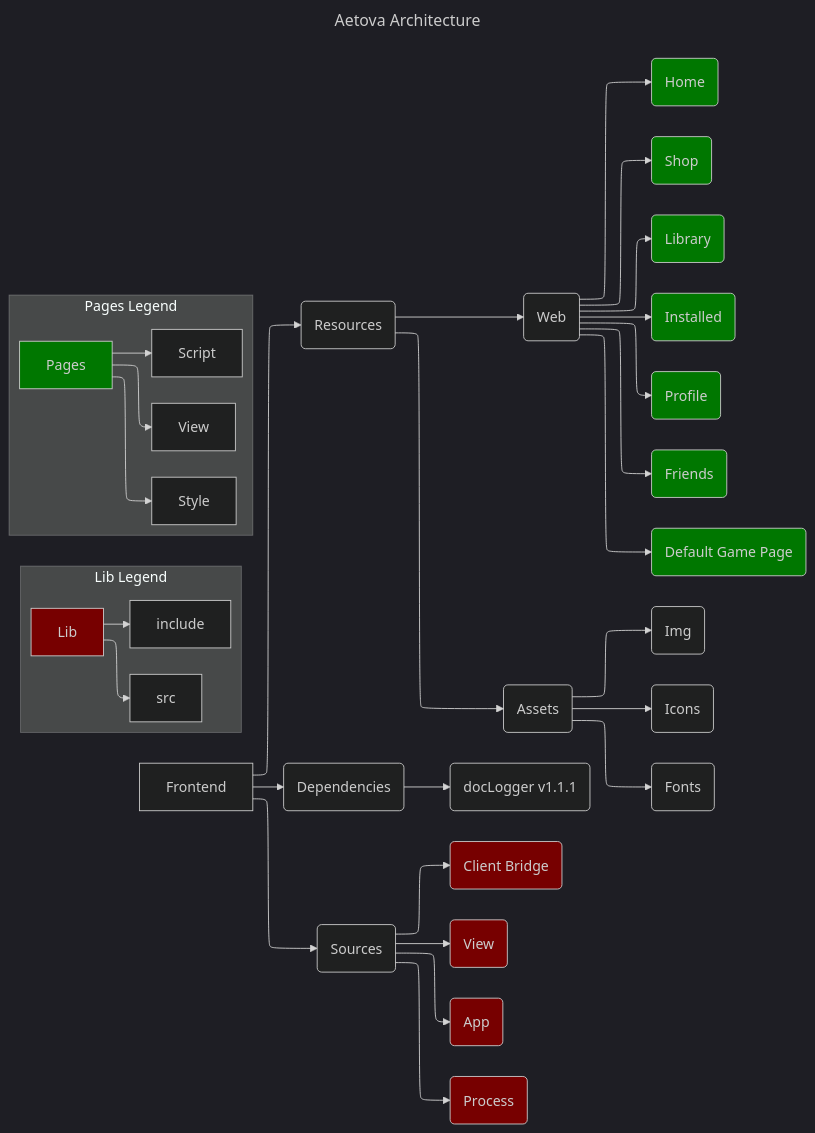
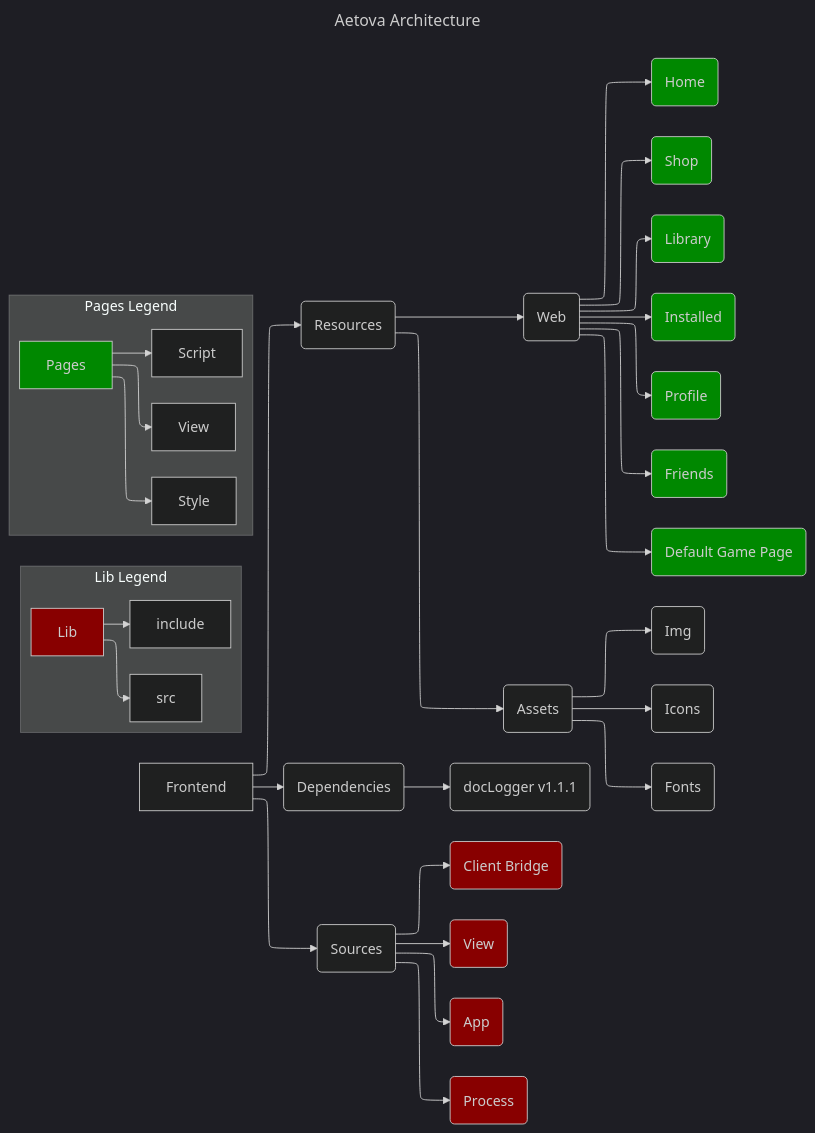
The diagram in Frontend/doc/architecture.mmd (RyuTatsukiSama/Aetova), drawn with Mermaid before and after one commit.

Commit message:
change color

```diff
--- a/Frontend/doc/architecture.mmd
+++ b/Frontend/doc/architecture.mmd
@@ -1,60 +1,60 @@
 ---
 title: Aetova Architecture
 config: 
     theme: dark
     layout: elk
     themeVariables:
         primaryTextColor: '#000'
 ---
 graph LR
 
-    classDef LibColor fill:#770000
-    classDef PageColor fill:#007700
+    classDef LibColor fill:#880000
+    classDef PageColor fill:#008800
 
     A[Frontend]
     A --> B(Resources)
     B --> BA(Web)
     BA --> BAA(Home)
     BA --> BAB(Shop)
     BA --> BAC(Library)
     BA --> BAD(Installed)
     BA --> BAE(Profile)
     BA --> BAF(Friends)
     BA --> BAG(Default Game Page)
     B --> BB(Assets)
     BB --> BBA(Img)
     BB --> BBB(Icons)
     BB --> BBC(Fonts)
     A --> C(Dependencies)
     C --> CA(docLogger v1.1.1)
     A --> D(Sources)
     D --> DA(Client Bridge)
     D --> DB(View)
     D --> DC(App)
     D --> DD(Process)
 
     class DA LibColor
     class DB LibColor
     class DC LibColor
     class DD LibColor
 
     class BAA PageColor
     class BAB PageColor
     class BAC PageColor
     class BAD PageColor
     class BAE PageColor
     class BAF PageColor
     class BAG PageColor
 
 subgraph Lib Legend
     Lib --> include
     Lib --> src
     class Lib LibColor
 end
 
 subgraph Pages Legend
     Pages --> View
     Pages --> Style
     Pages --> Script
     class Pages PageColor
 end
```
